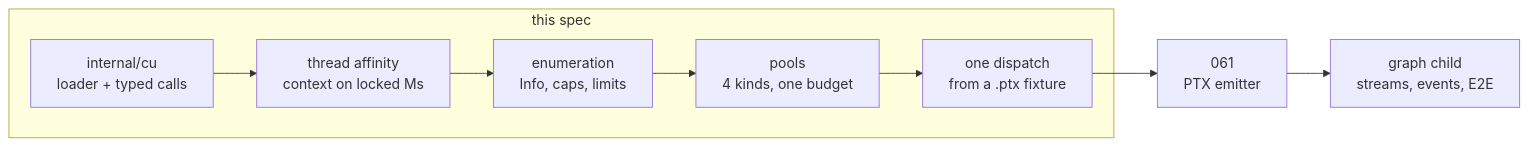
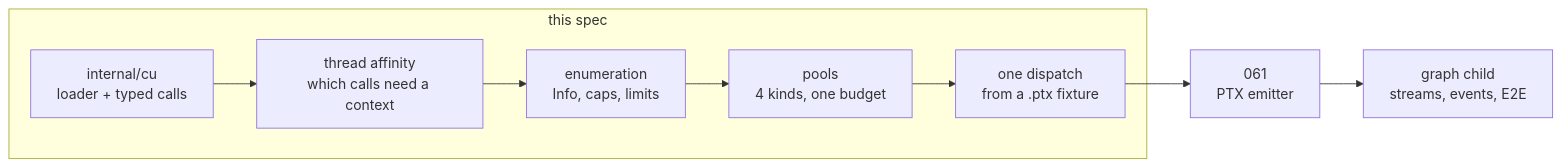
One commit to golang-design/accel changed the diagram in specs/060-cuda-bringup.md. Above: the diagram before and after it, drawn with Mermaid. The commit also changed other lines of this file and 1 other file, not shown here.

````diff
--- a/specs/060-cuda-bringup.md
+++ b/specs/060-cuda-bringup.md
@@ -30,13 +30,13 @@
 ```mermaid
 flowchart LR
     subgraph "this spec"
       LD["internal/cu<br/>loader + typed calls"]
-      TH["thread affinity<br/>context on locked Ms"]
+      TH["thread affinity<br/>which calls need a context"]
       EN["enumeration<br/>Info, caps, limits"]
       MEM["pools<br/>4 kinds, one budget"]
       DIS["one dispatch<br/>from a .ptx fixture"]
     end
     EM["061<br/>PTX emitter"]
     GR["graph child<br/>streams, events, E2E"]
     LD --> TH --> EN --> MEM --> DIS --> EM --> GR
 ```
````
